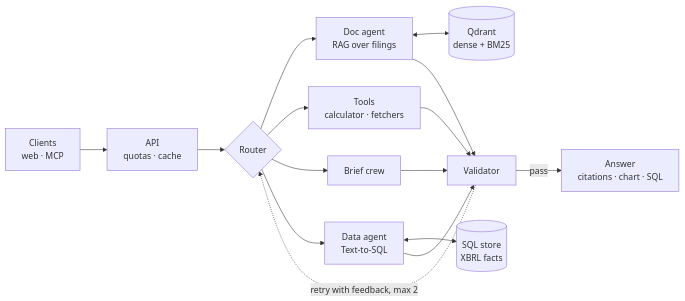
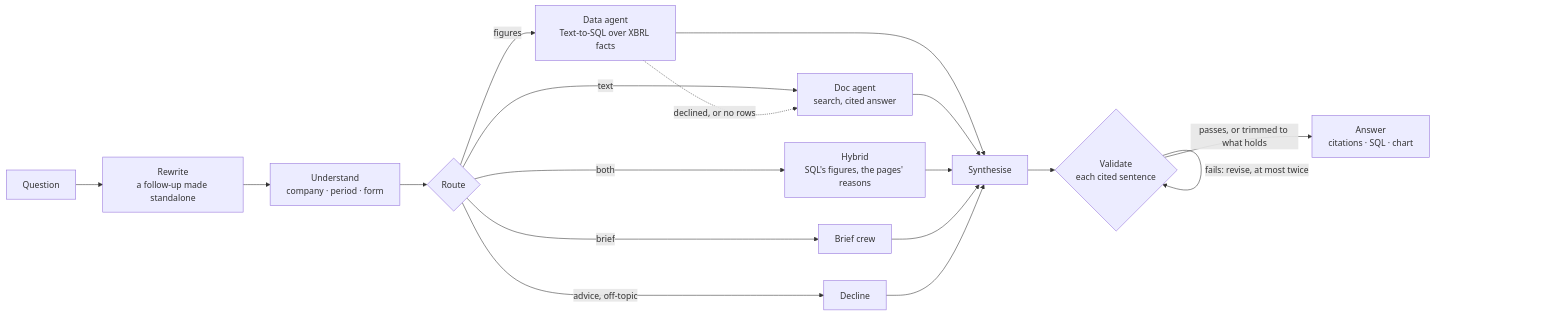
One commit to VinayakMokashi/filings-research-copilot changed the first of 2 diagrams in README.md. Above: the diagram before and after it, drawn with Mermaid. The commit also changed other lines of this file, not shown here.

Commit message:
docs: write the final README: results with intervals, architecture, limitations, costs

````diff
--- a/README.md
+++ b/README.md
@@ -26,14 +48,16 @@
 ```mermaid
 flowchart LR
-    C["Clients<br/>web · MCP"] --> A["API<br/>quotas · cache"]
-    A --> R{Router}
-    R --> D["Doc agent<br/>RAG over filings"]
-    R --> T["Tools<br/>calculator · fetchers"]
-    R --> B["Brief crew"]
-    R --> S["Data agent<br/>Text-to-SQL"]
-    D <--> Q[("Qdrant<br/>dense + BM25")]
-    S <--> P[("SQL store<br/>XBRL facts")]
-    D & T & B & S --> V["Validator"]
-    V -- "pass" --> ANS["Answer<br/>citations · chart · SQL"]
-    V -. "retry with feedback, max 2" .-> R
+    Q["Question"] --> RW["Rewrite<br/>a follow-up made standalone"]
+    RW --> U["Understand<br/>company · period · form"]
+    U --> R{"Route"}
+    R -- "figures" --> DA["Data agent<br/>Text-to-SQL over XBRL facts"]
+    R -- "text" --> DO["Doc agent<br/>search, cited answer"]
+    R -- "both" --> H["Hybrid<br/>SQL's figures, the pages' reasons"]
+    R -- "brief" --> B["Brief crew"]
+    R -- "advice, off-topic" --> X["Decline"]
+    DA -. "declined, or no rows" .-> DO
+    DA & DO & H & B & X --> S["Synthesise"]
+    S --> V{"Validate<br/>each cited sentence"}
+    V -- "fails: revise, at most twice" --> V
+    V -- "passes, or trimmed to what holds" --> A["Answer<br/>citations · SQL · chart"]
 ```
````
